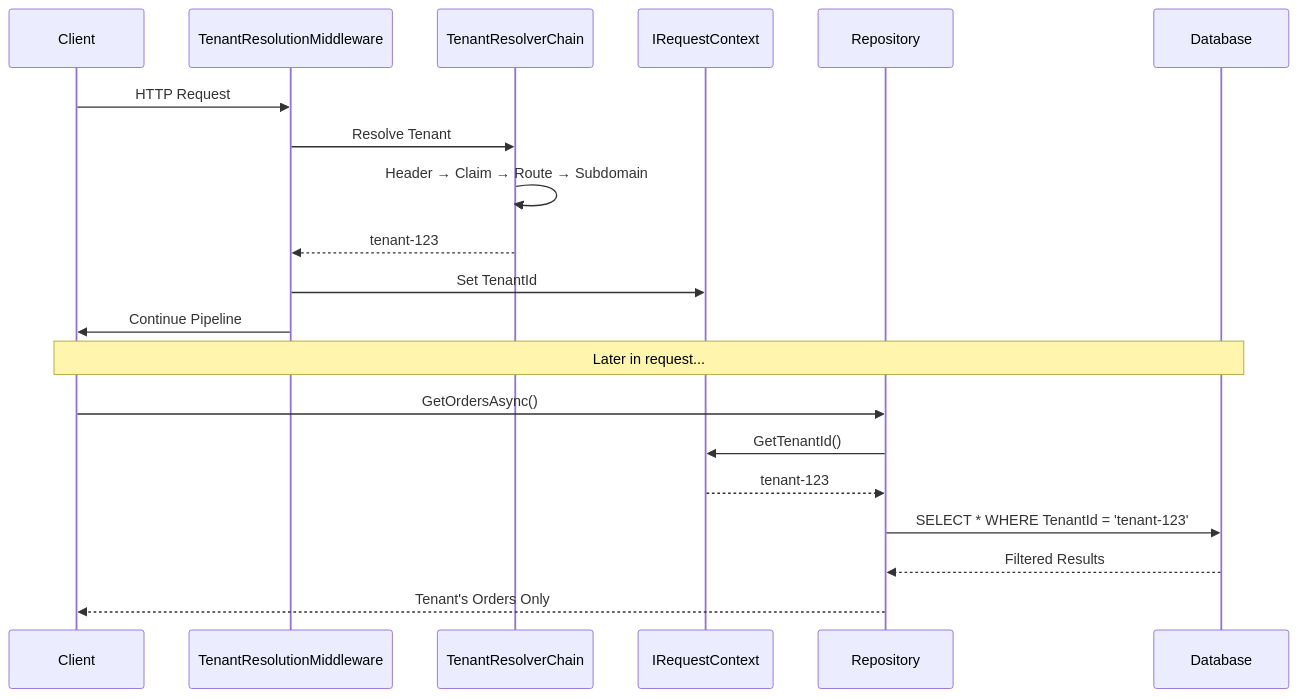
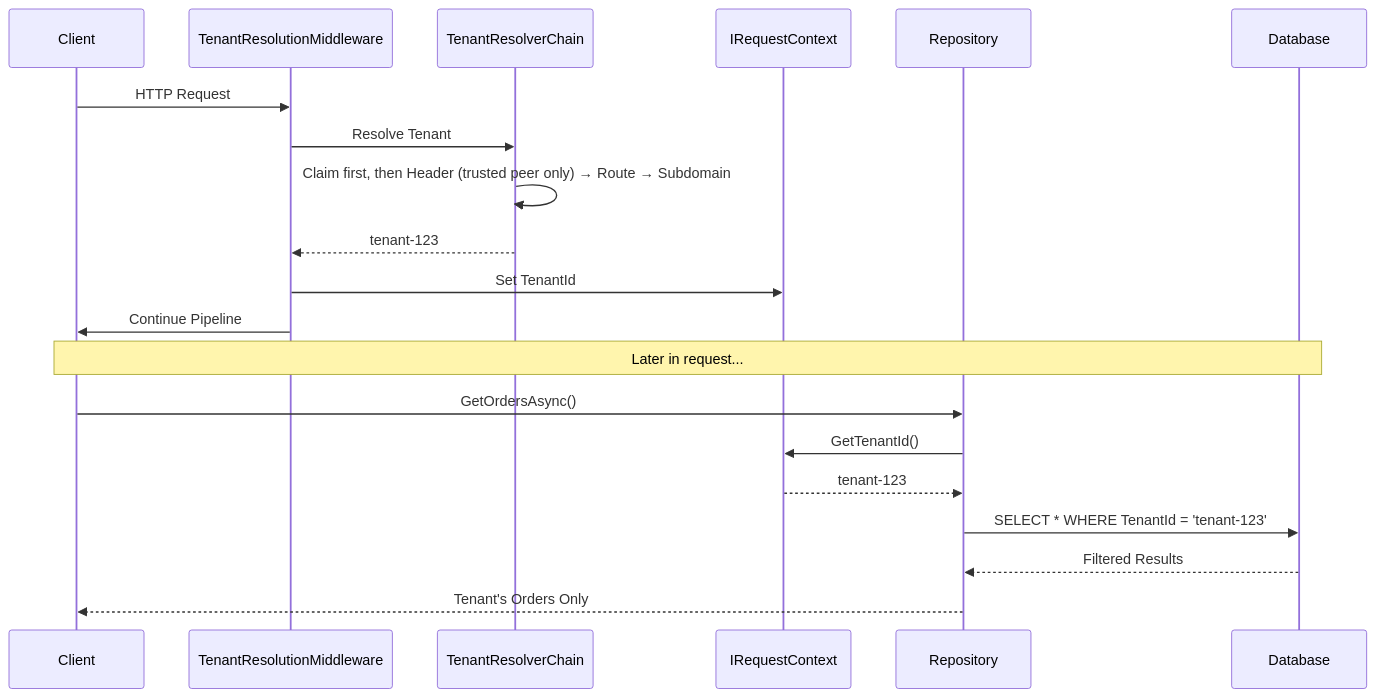
One commit to dlrivada/Encina changed the sixth of 6 diagrams in docs/features/multi-tenancy.md. Above: the diagram before and after it, drawn with Mermaid. The commit also changed other lines of this file and 3 other files, not shown here.

Commit message:
docs(tenancy): the verified tenant claim wins and the tenant header needs a trust decision (#2399)

````diff
--- a/docs/features/multi-tenancy.md
+++ b/docs/features/multi-tenancy.md
@@ -207,25 +207,25 @@
 ```mermaid
 sequenceDiagram
     participant Client
     participant Middleware as TenantResolutionMiddleware
     participant Resolver as TenantResolverChain
     participant Context as IRequestContext
     participant Repository
     participant Database
 
     Client->>Middleware: HTTP Request
     Middleware->>Resolver: Resolve Tenant
-    Resolver->>Resolver: Header → Claim → Route → Subdomain
+    Resolver->>Resolver: Claim first, then Header (trusted peer only) → Route → Subdomain
     Resolver-->>Middleware: tenant-123
     Middleware->>Context: Set TenantId
     Middleware->>Client: Continue Pipeline
 
     Note over Client,Database: Later in request...
 
     Client->>Repository: GetOrdersAsync()
     Repository->>Context: GetTenantId()
     Context-->>Repository: tenant-123
     Repository->>Database: SELECT * WHERE TenantId = 'tenant-123'
     Database-->>Repository: Filtered Results
     Repository-->>Client: Tenant's Orders Only
 ```
````
